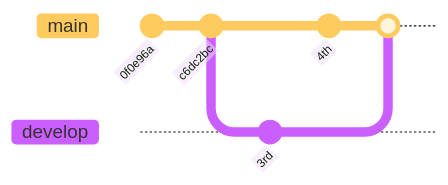
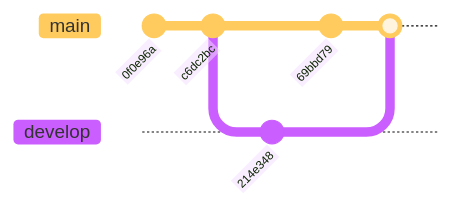
One commit to umr-marbec/git-training changed diagram 19 of 23 in slides-git-quarto/slides-training.qmd. Above: the diagram before and after it, drawn with Mermaid. The commit also changed other lines of this file and 4 other files, not shown here.

````diff
--- a/slides-git-quarto/slides-training.qmd
+++ b/slides-git-quarto/slides-training.qmd
@@ -525,14 +609,14 @@
 ```{mermaid}
 %%| fig-width: 10
 %%| fig-height: 2
 %%{init: { 'logLevel': 'debug', 'theme': 'base', 'gitGraph': {'rotateCommitLabel': true}}}%%
 gitGraph
     commit id: "0f0e96a"
     commit id: "c6dc2bc"
     branch develop
     checkout develop
-    commit id: "3rd"
+    commit id: "214e348"
     checkout main
-    commit id: "4th"
+    commit id: "69bbd79"
     merge develop
 ```
````
